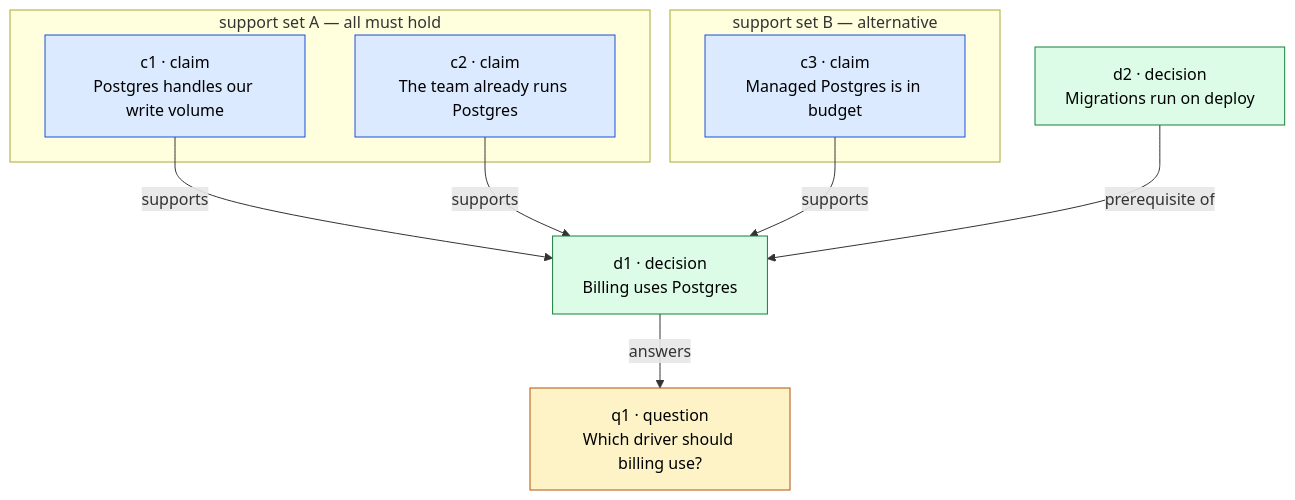
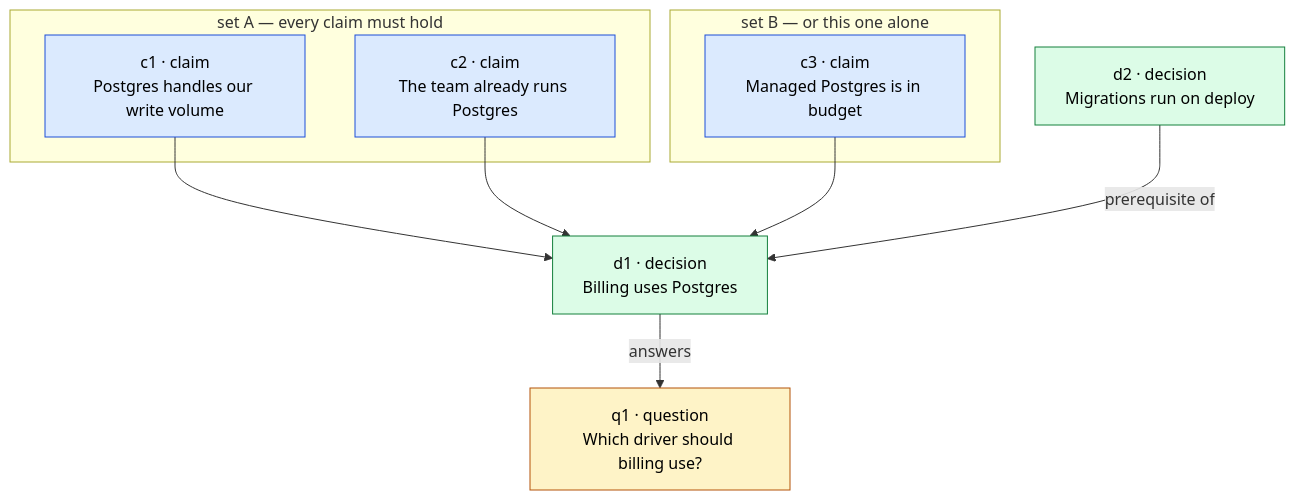
One commit to NovusEdge/docket changed the diagram in docs/decision-chains.md. Above: the diagram before and after it, drawn with Mermaid. The commit also changed 4 other files, not shown here.

````diff
--- a/docs/decision-chains.md
+++ b/docs/decision-chains.md
@@ -42,28 +42,28 @@
 ```mermaid
 flowchart TD
-    subgraph setA["support set A — all must hold"]
+    subgraph setA["set A — every claim must hold"]
         c1["c1 · claim<br/>Postgres handles our write volume"]
         c2["c2 · claim<br/>The team already runs Postgres"]
     end
 
-    subgraph setB["support set B — alternative"]
+    subgraph setB["set B — or this one alone"]
         c3["c3 · claim<br/>Managed Postgres is in budget"]
     end
 
     d1["d1 · decision<br/>Billing uses Postgres"]
     d2["d2 · decision<br/>Migrations run on deploy"]
     q1["q1 · question<br/>Which driver should billing use?"]
 
-    c1 -->|supports| d1
-    c2 -->|supports| d1
-    c3 -->|supports| d1
-    d2 -->|prerequisite of| d1
+    c1 --> d1
+    c2 --> d1
+    c3 --> d1
+    d2 -->|"prerequisite of"| d1
     d1 -->|answers| q1
 
     classDef claim fill:#dbeafe,stroke:#1d4ed8,color:#000
     classDef decision fill:#dcfce7,stroke:#15803d,color:#000
     classDef question fill:#fef3c7,stroke:#b45309,color:#000
     class c1,c2,c3 claim
     class d1,d2 decision
     class q1 question
 ```
````
